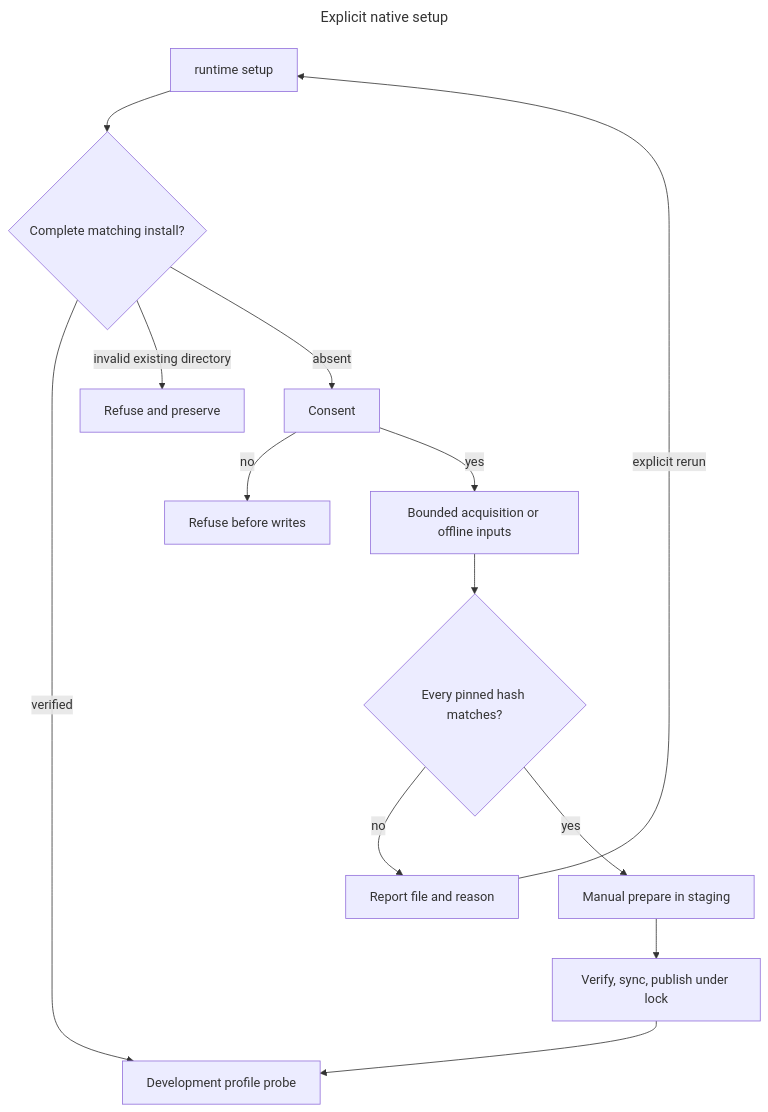
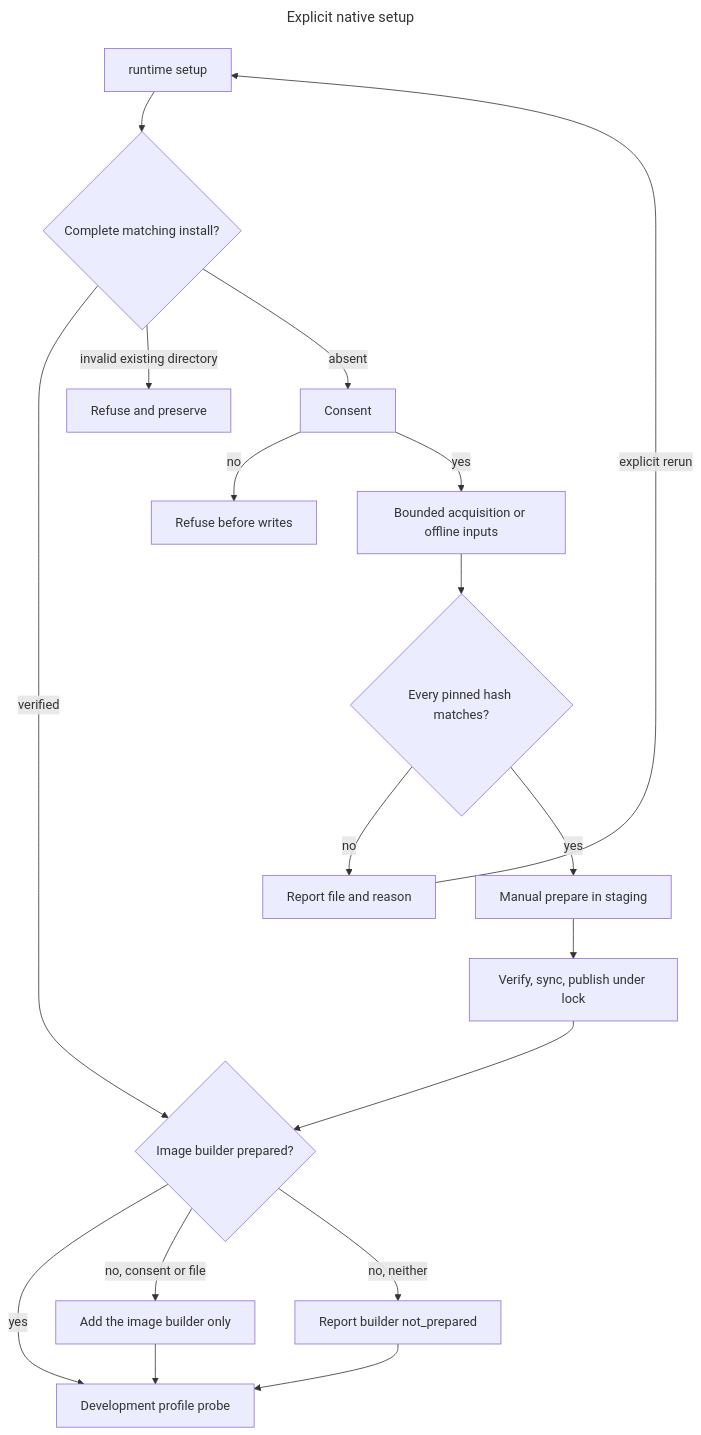
Before and after one commit to hack-dance/hack: the diagram in docs/diagrams/native-setup.mmd, drawn with Mermaid. The commit also changed 10 other files, not shown here.

First line of the commit message:
docs(native): describe the image builder that native setup installs

```diff
--- a/docs/diagrams/native-setup.mmd
+++ b/docs/diagrams/native-setup.mmd
@@ -1,19 +1,24 @@
 ---
 title: Explicit native setup
 ---
 flowchart TD
   Start["runtime setup"] --> Existing{"Complete matching install?"}
   Consent -->|"no"| Refused["Refuse before writes"]
   Consent -->|"yes"| Acquire["Bounded acquisition or offline inputs"]
-  Existing -->|"verified"| Probe["Development profile probe"]
+  Existing -->|"verified"| Builder{"Image builder prepared?"}
   Existing -->|"invalid existing directory"| Preserved["Refuse and preserve"]
   Existing -->|"absent"| Consent
   Acquire --> Hash{"Every pinned hash matches?"}
   Hash -->|"no"| Retry["Report file and reason"]
   Hash -->|"yes"| Prepare["Manual prepare in staging"]
   Prepare --> Publish["Verify, sync, publish under lock"]
-  Publish --> Probe
+  Publish --> Builder
+  Builder -->|"yes"| Probe["Development profile probe"]
+  Builder -->|"no, consent or file"| Add["Add the image builder only"]
+  Builder -->|"no, neither"| Report["Report builder not_prepared"]
+  Add --> Probe
+  Report --> Probe
   Retry -->|"explicit rerun"| Start
   class Refused,Preserved,Retry fail
   class Probe ok
   class Consent wait
```
